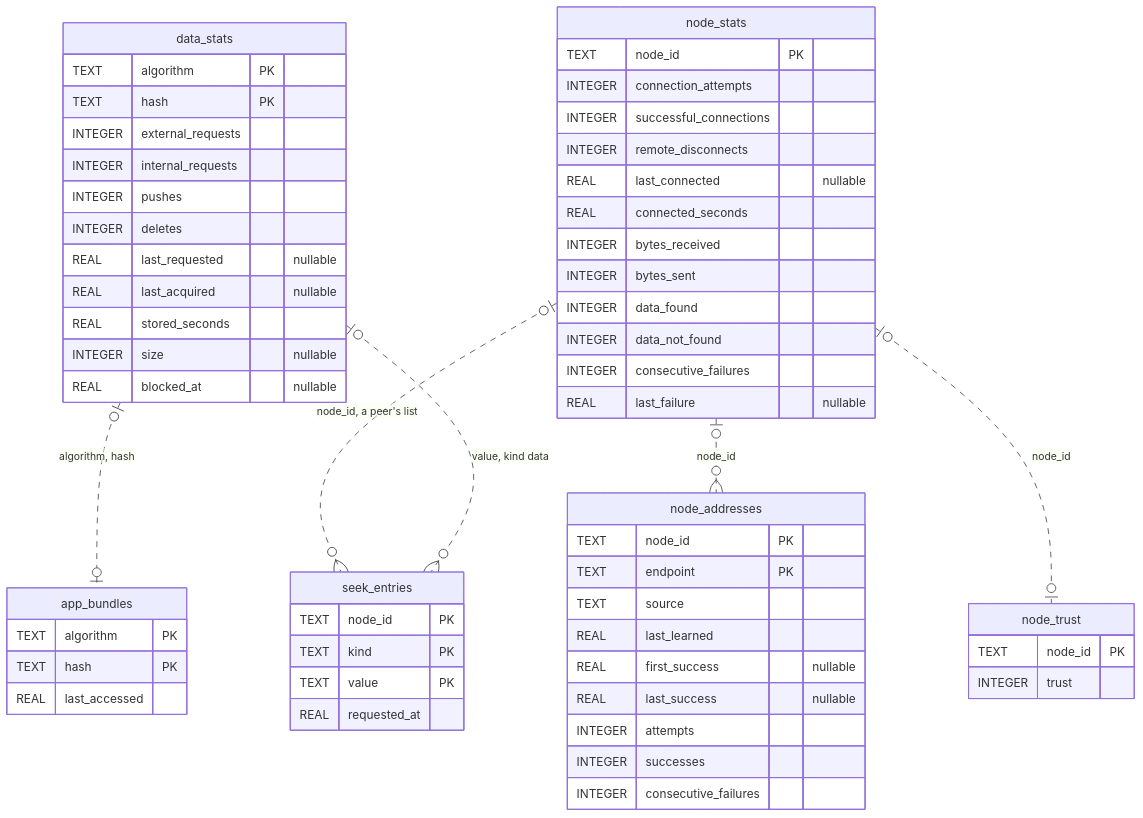
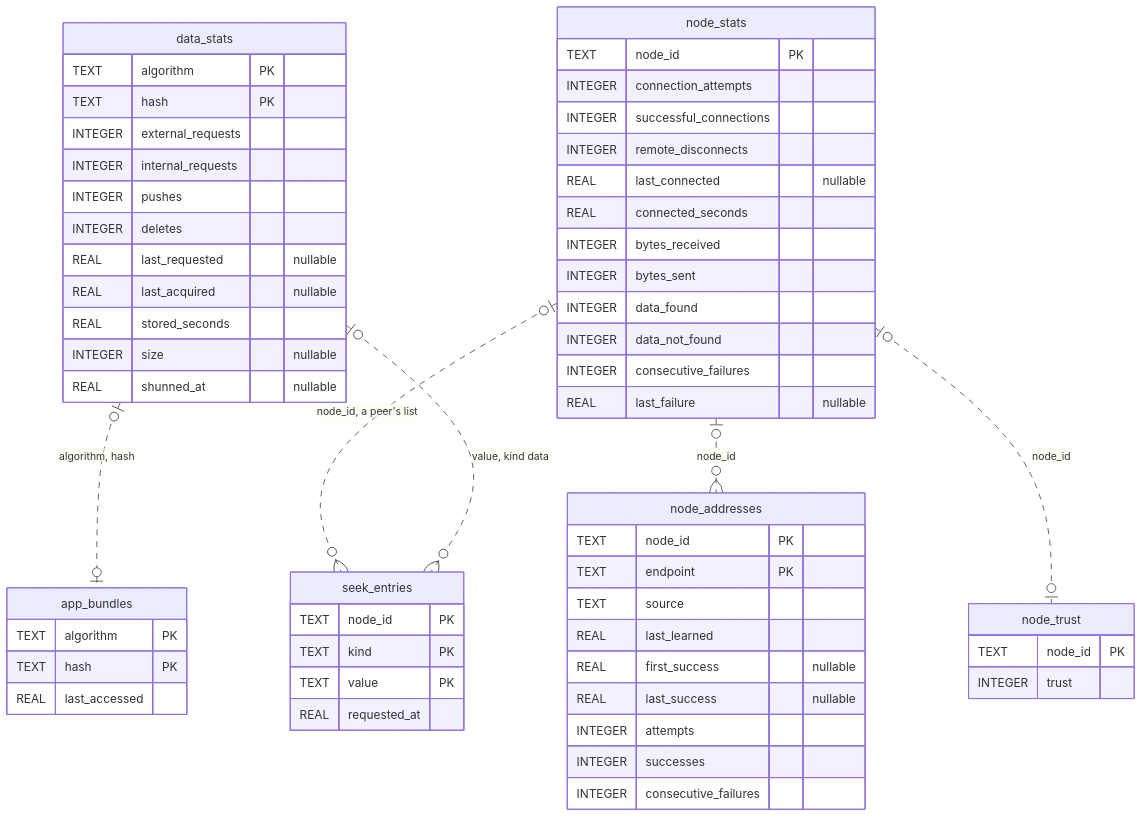
The diagram in docs/implementation/Database Schema.md (marcpage/libranet), drawn with Mermaid before and after one commit. The commit also changed other lines of this file and 73 other files, not shown here.

First line of the commit message:
Use "shun" for refusing content in code, schema, and files (#432)

````diff
--- a/docs/implementation/Database Schema.md
+++ b/docs/implementation/Database Schema.md
@@ -134,61 +134,61 @@
 ```mermaid
 erDiagram
     data_stats {
         TEXT algorithm PK
         TEXT hash PK
         INTEGER external_requests
         INTEGER internal_requests
         INTEGER pushes
         INTEGER deletes
         REAL last_requested "nullable"
         REAL last_acquired "nullable"
         REAL stored_seconds
         INTEGER size "nullable"
-        REAL blocked_at "nullable"
+        REAL shunned_at "nullable"
     }
     app_bundles {
         TEXT algorithm PK
         TEXT hash PK
         REAL last_accessed
     }
     node_stats {
         TEXT node_id PK
         INTEGER connection_attempts
         INTEGER successful_connections
         INTEGER remote_disconnects
         REAL last_connected "nullable"
         REAL connected_seconds
         INTEGER bytes_received
         INTEGER bytes_sent
         INTEGER data_found
         INTEGER data_not_found
         INTEGER consecutive_failures
         REAL last_failure "nullable"
     }
     node_addresses {
         TEXT node_id PK
         TEXT endpoint PK
         TEXT source
         REAL last_learned
         REAL first_success "nullable"
         REAL last_success "nullable"
         INTEGER attempts
         INTEGER successes
         INTEGER consecutive_failures
     }
     seek_entries {
         TEXT node_id PK
         TEXT kind PK
         TEXT value PK
         REAL requested_at
     }
     node_trust {
         TEXT node_id PK
         INTEGER trust
     }
     node_stats |o..o{ node_addresses : "node_id"
     node_stats |o..o| node_trust : "node_id"
     node_stats |o..o{ seek_entries : "node_id, a peer's list"
     data_stats |o..o| app_bundles : "algorithm, hash"
     data_stats |o..o{ seek_entries : "value, kind data"
 ```
````
